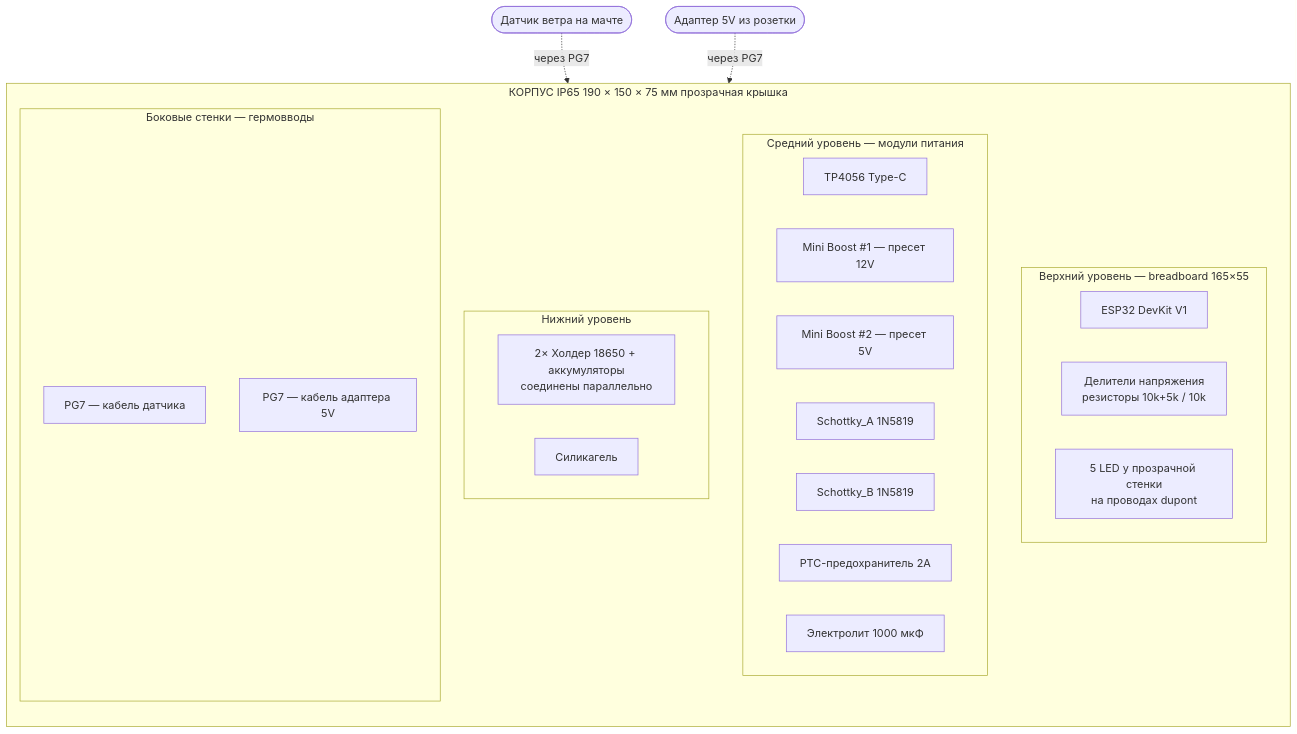
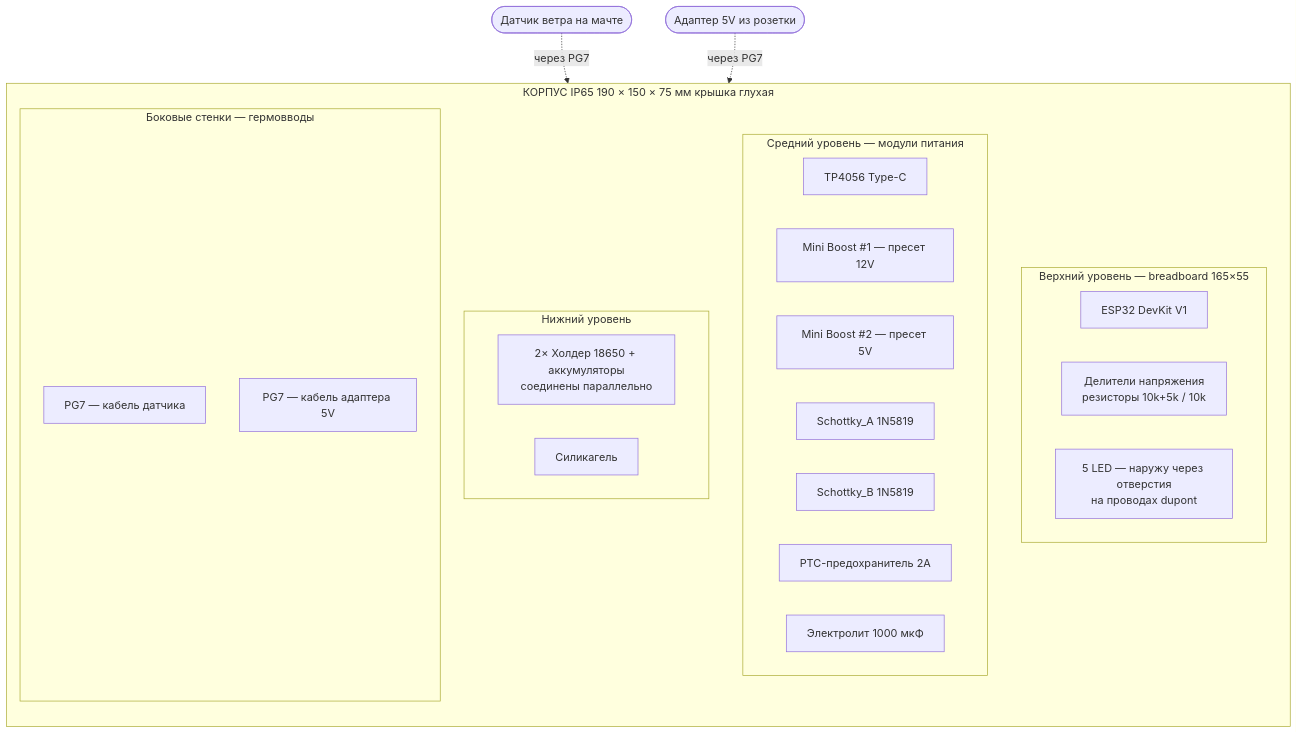
The second of 2 diagrams in wind-station-assembly.md (temafey/ArduinoWindStation), drawn with Mermaid before and after one commit. The commit also changed other lines of this file and 2 other files, not shown here.

````diff
--- a/wind-station-assembly.md
+++ b/wind-station-assembly.md
@@ -171,32 +188,32 @@
 ```mermaid
 flowchart TB
-    subgraph BOX["КОРПУС IP65  190 × 150 × 75 мм  прозрачная крышка"]
+    subgraph BOX["КОРПУС IP65  190 × 150 × 75 мм  крышка глухая"]
         direction TB
         subgraph TOP["Верхний уровень — breadboard 165×55"]
             ESP32["ESP32 DevKit V1"]
             DIV["Делители напряжения<br/>резисторы 10k+5k / 10k"]
-            LEDROW["5 LED у прозрачной стенки<br/>на проводах dupont"]
+            LEDROW["5 LED — наружу через отверстия<br/>на проводах dupont"]
         end
         subgraph MID["Средний уровень — модули питания"]
             TP4056MOD["TP4056 Type-C"]
             MT3608MOD1["Mini Boost #1 — пресет 12V"]
             MT3608MOD2["Mini Boost #2 — пресет 5V"]
             SCHOTTKYA["Schottky_A 1N5819"]
             SCHOTTKYB["Schottky_B 1N5819"]
             PTCMOD["PTC-предохранитель 2A"]
             CAPMOD["Электролит 1000 мкФ"]
         end
         subgraph BOTTOM["Нижний уровень"]
             HOLDER["2× Холдер 18650 + аккумуляторы<br/>соединены параллельно"]
             SILICA["Силикагель"]
         end
         subgraph SIDES["Боковые стенки — гермовводы"]
             PG1["PG7 — кабель датчика"]
             PG2["PG7 — кабель адаптера 5V"]
         end
     end
     SENSOR_EXT([Датчик ветра на мачте])
     ADAPT_EXT([Адаптер 5V из розетки])
     SENSOR_EXT -.через PG7.-> PG1
     ADAPT_EXT -.через PG7.-> PG2
 ```
````
